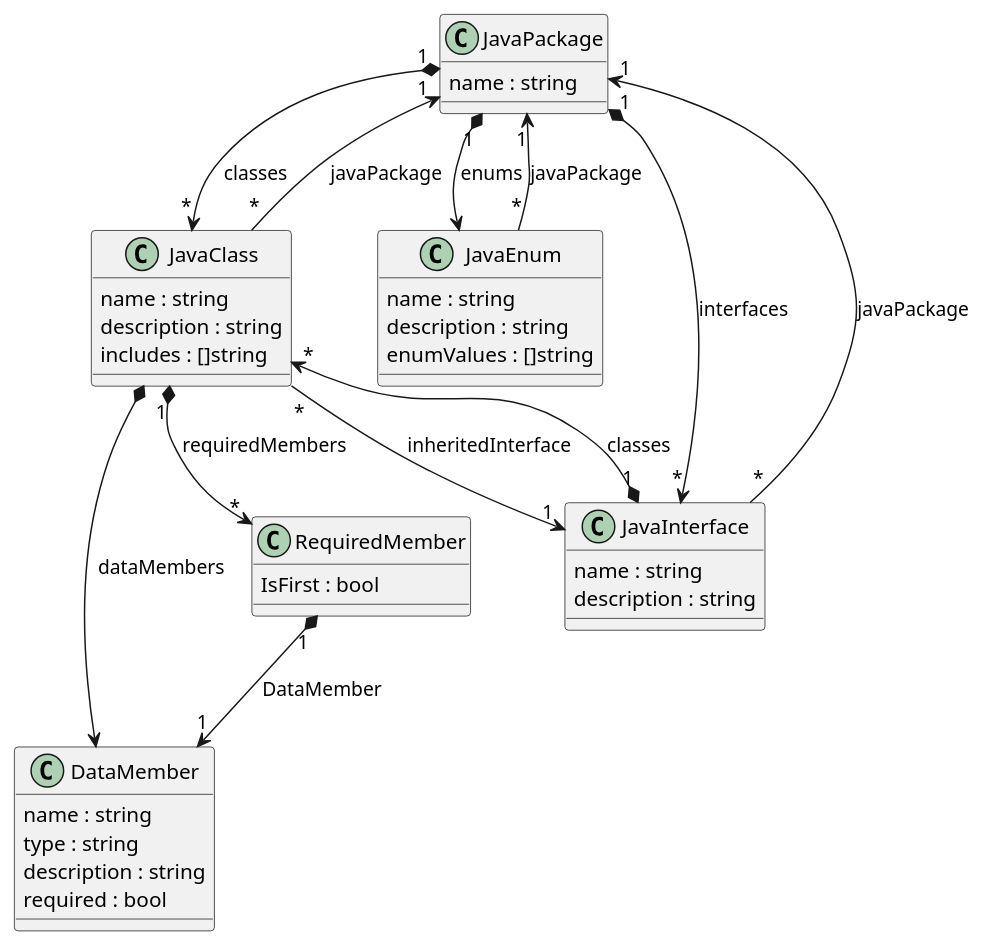
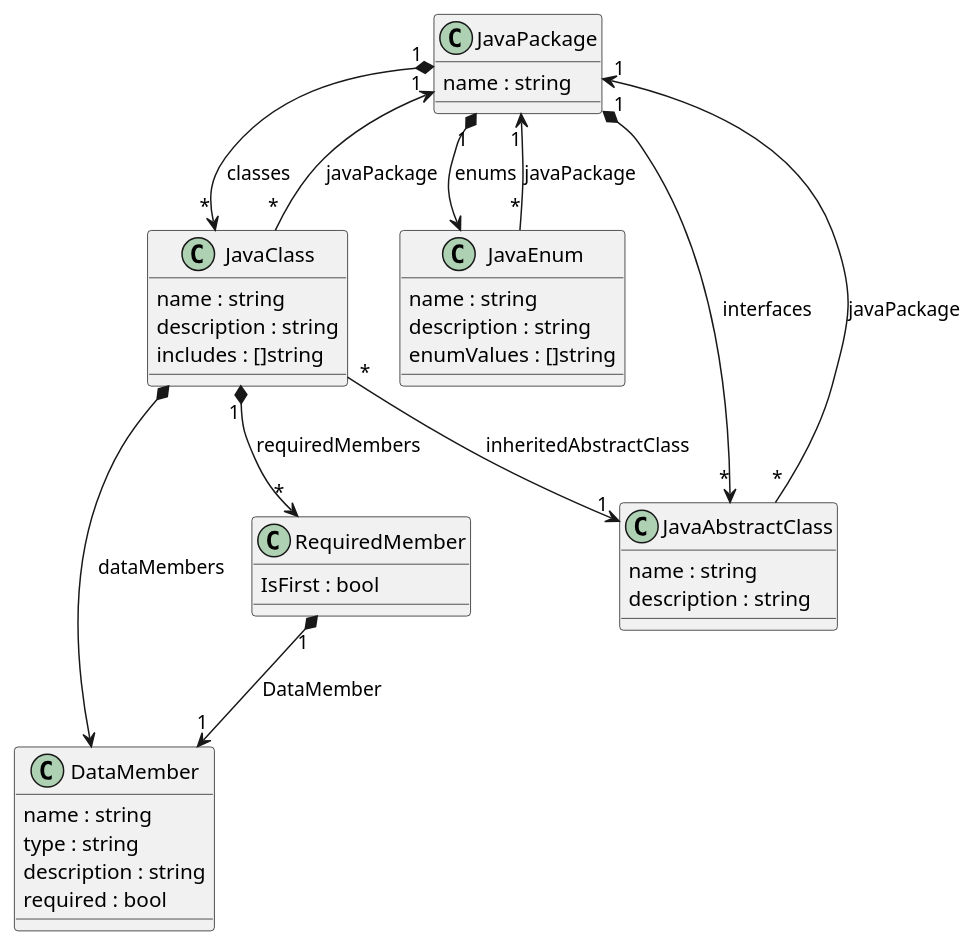
The diagram in uml/java-class.plantuml (techcobweb/openapi2beans), drawn with PlantUML before and after one commit. The commit also changed 6 other files, not shown here.

```diff
--- a/uml/java-class.plantuml
+++ b/uml/java-class.plantuml
@@ -1,51 +1,50 @@
 @startuml "java-class"
 
 class JavaPackage {
     {field} name : string
 }
 
 class JavaClass {
     {field} name : string
     {field} description : string
     {field} includes : []string
 }
 
 JavaClass "*" --> "1" JavaPackage : javaPackage
 JavaPackage "1" *--> "*" JavaClass : classes
 
 class DataMember {
     {field} name : string
     {field} type : string
     {field} description : string
     {field} required : bool
 }
 
 JavaClass *--> DataMember : dataMembers
 
 class RequiredMember {
     {field} IsFirst : bool
 }
 
 RequiredMember "1" *--> "1" DataMember : DataMember
 JavaClass "1" *--> "*" RequiredMember : requiredMembers
 
 class JavaEnum {
     {field} name : string
     {field} description : string
     {field} enumValues : []string
 }
 
 JavaPackage "1" *--> JavaEnum : enums
 JavaEnum "*" --> "1" JavaPackage : javaPackage
 
-class JavaInterface {
+class JavaAbstractClass {
     {field} name : string
     {field} description : string
 }
 
-JavaInterface "*" --> "1" JavaPackage : javaPackage
-JavaPackage "1" *--> "*" JavaInterface : interfaces
-JavaClass "*" --> "1" JavaInterface : inheritedInterface
-JavaInterface "1" *--> "*" JavaClass : classes
+JavaAbstractClass "*" --> "1" JavaPackage : javaPackage
+JavaPackage "1" *--> "*" JavaAbstractClass : interfaces
+JavaClass "*" --> "1" JavaAbstractClass : inheritedAbstractClass
 
 @enduml
```
